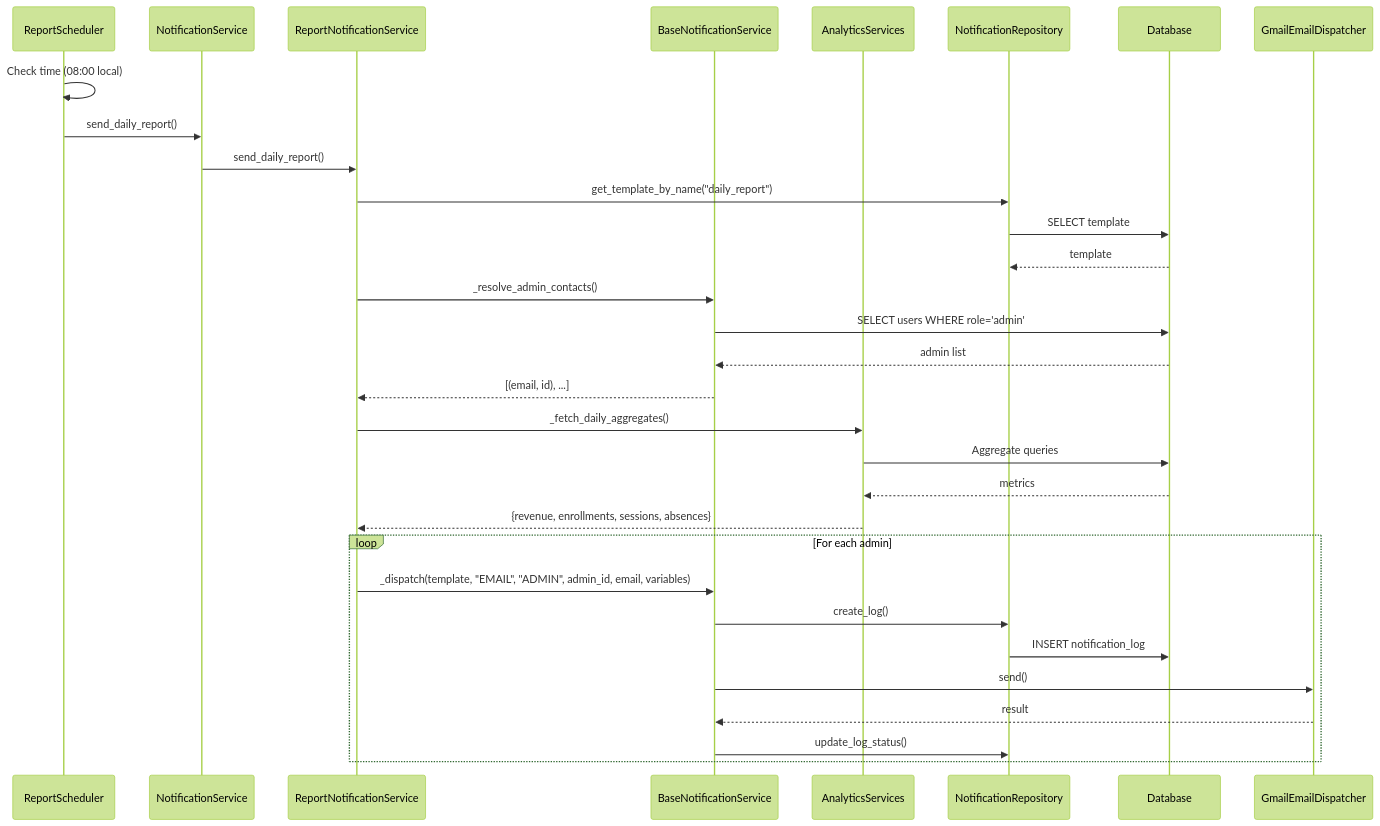
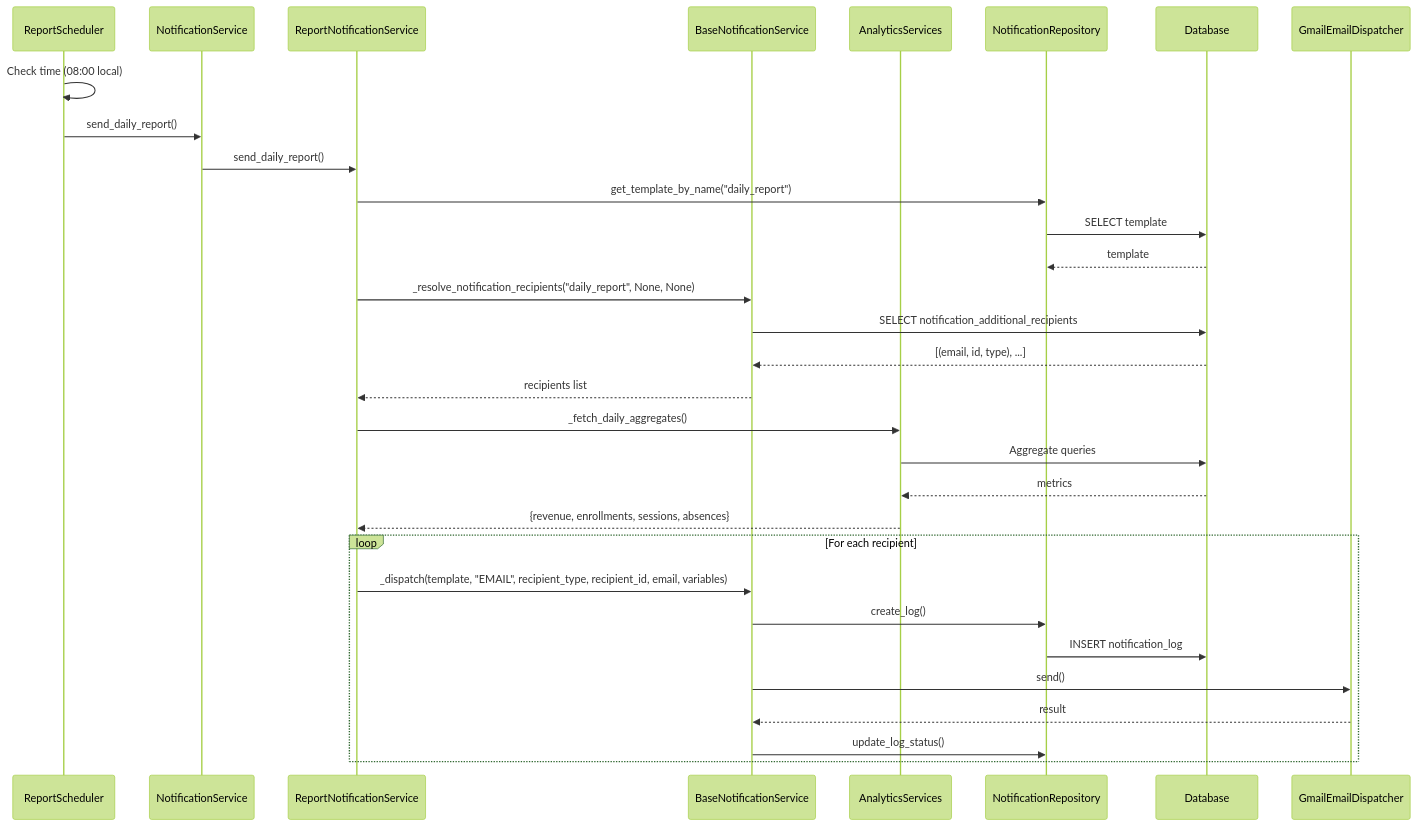
The sixth of 8 diagrams in docs/notification-architecture.md (ibrhmahmd/techno-terminal), drawn with Mermaid (forest theme) before and after one commit. The commit also changed other lines of this file, not shown here.

Commit message:
docs: update notification architecture documentation

````diff
--- a/docs/notification-architecture.md
+++ b/docs/notification-architecture.md
@@ -326,38 +325,38 @@
 ```mermaid
 sequenceDiagram
     participant Scheduler as ReportScheduler
     participant NS as NotificationService
     participant RN as ReportNotificationService
     participant BNS as BaseNotificationService
     participant Analytics as AnalyticsServices
     participant Repo as NotificationRepository
     participant DB as Database
     participant Email as GmailEmailDispatcher
     
     Scheduler->>Scheduler: Check time (08:00 local)
     Scheduler->>NS: send_daily_report()
     NS->>RN: send_daily_report()
     
     RN->>Repo: get_template_by_name("daily_report")
     Repo->>DB: SELECT template
     DB-->>Repo: template
     
-    RN->>BNS: _resolve_admin_contacts()
-    BNS->>DB: SELECT users WHERE role='admin'
-    DB-->>BNS: admin list
-    BNS-->>RN: [(email, id), ...]
+    RN->>BNS: _resolve_notification_recipients("daily_report", None, None)
+    BNS->>DB: SELECT notification_additional_recipients
+    DB-->>BNS: [(email, id, type), ...]
+    BNS-->>RN: recipients list
     
     RN->>Analytics: _fetch_daily_aggregates()
     Analytics->>DB: Aggregate queries
     DB-->>Analytics: metrics
     Analytics-->>RN: {revenue, enrollments, sessions, absences}
     
-    loop For each admin
-        RN->>BNS: _dispatch(template, "EMAIL", "ADMIN", admin_id, email, variables)
+    loop For each recipient
+        RN->>BNS: _dispatch(template, "EMAIL", recipient_type, recipient_id, email, variables)
         BNS->>Repo: create_log()
         Repo->>DB: INSERT notification_log
         BNS->>Email: send()
         Email-->>BNS: result
         BNS->>Repo: update_log_status()
     end
 ```
````
